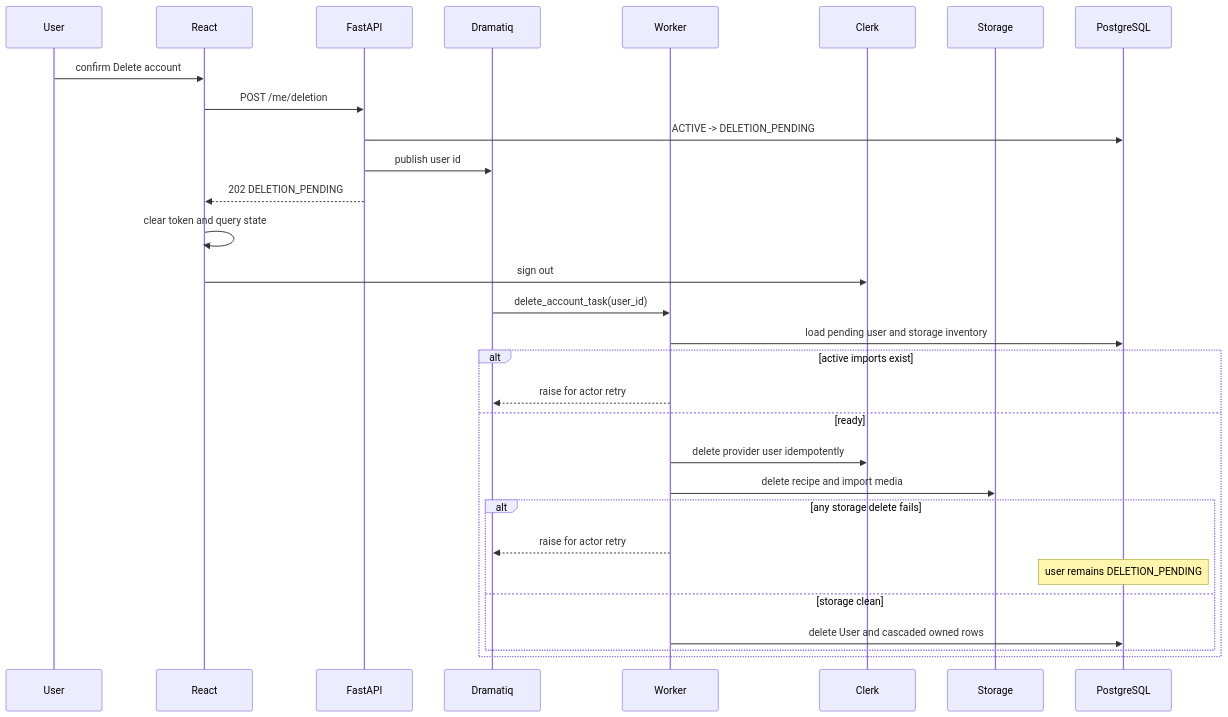
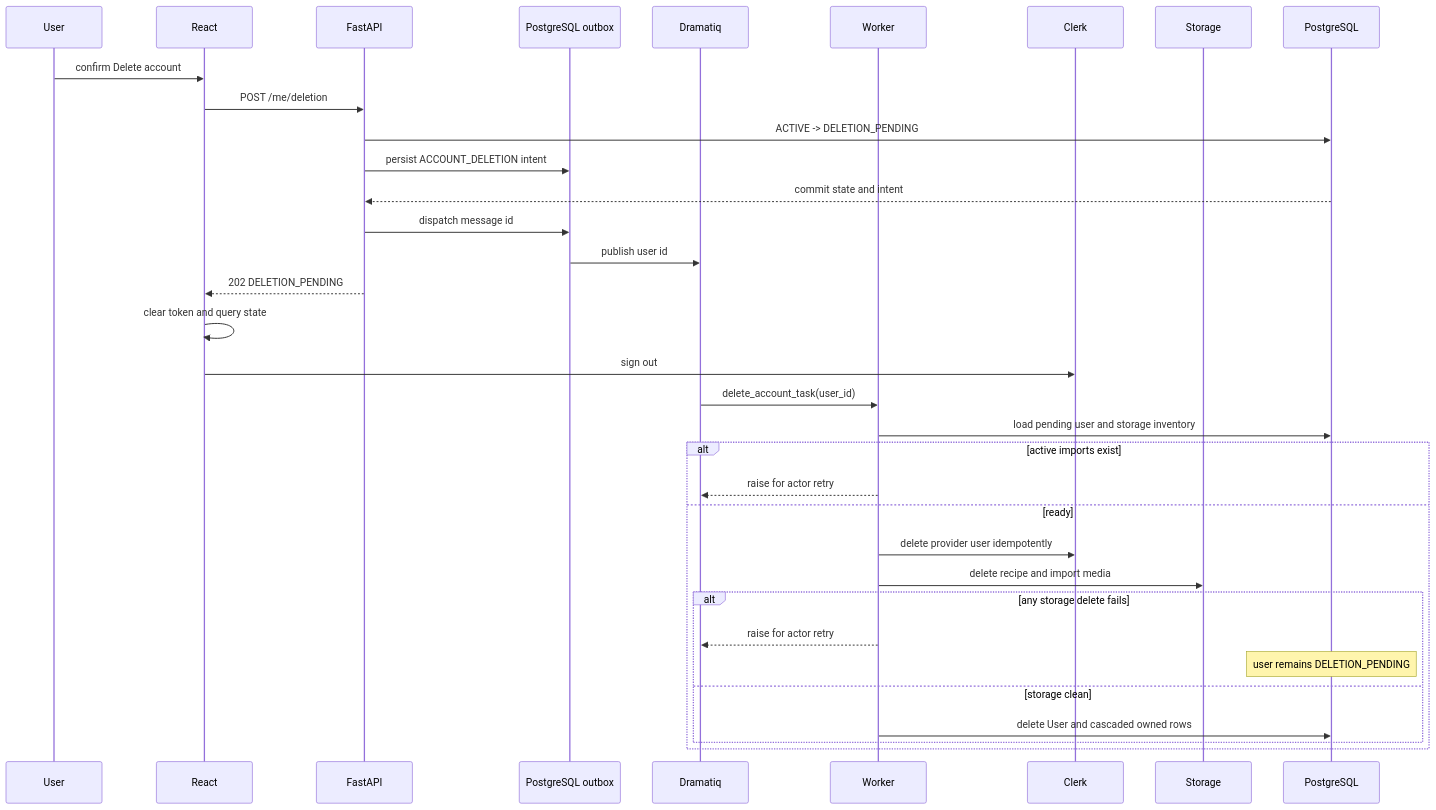
The eighth of 8 diagrams in docs/authentication-and-authorization.md (starkovalera/recipe-manager), drawn with Mermaid before and after one commit. The commit also changed other lines of this file and 6 other files, not shown here.

````diff
--- a/docs/authentication-and-authorization.md
+++ b/docs/authentication-and-authorization.md
@@ -237,33 +237,37 @@
 ```mermaid
 sequenceDiagram
   participant User
   participant UI as React
   participant API as FastAPI
+  participant Outbox as PostgreSQL outbox
   participant Q as Dramatiq
   participant Worker
   participant Clerk
   participant Storage
   participant DB as PostgreSQL
 
   User->>UI: confirm Delete account
   UI->>API: POST /me/deletion
   API->>DB: ACTIVE -> DELETION_PENDING
-  API->>Q: publish user id
+  API->>Outbox: persist ACCOUNT_DELETION intent
+  DB-->>API: commit state and intent
+  API->>Outbox: dispatch message id
+  Outbox->>Q: publish user id
   API-->>UI: 202 DELETION_PENDING
   UI->>UI: clear token and query state
   UI->>Clerk: sign out
   Q->>Worker: delete_account_task(user_id)
   Worker->>DB: load pending user and storage inventory
   alt active imports exist
     Worker-->>Q: raise for actor retry
   else ready
     Worker->>Clerk: delete provider user idempotently
     Worker->>Storage: delete recipe and import media
     alt any storage delete fails
       Worker-->>Q: raise for actor retry
       Note over DB: user remains DELETION_PENDING
     else storage clean
       Worker->>DB: delete User and cascaded owned rows
     end
   end
 ```
````
